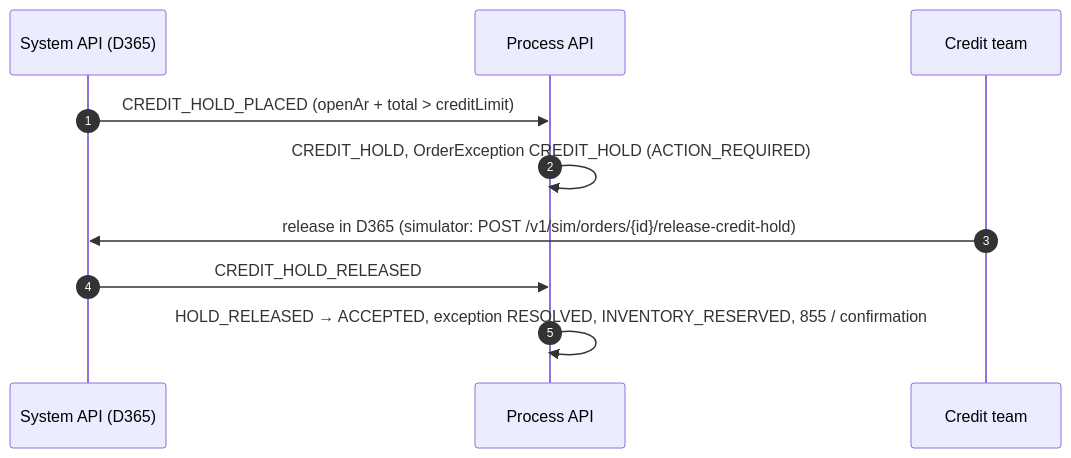
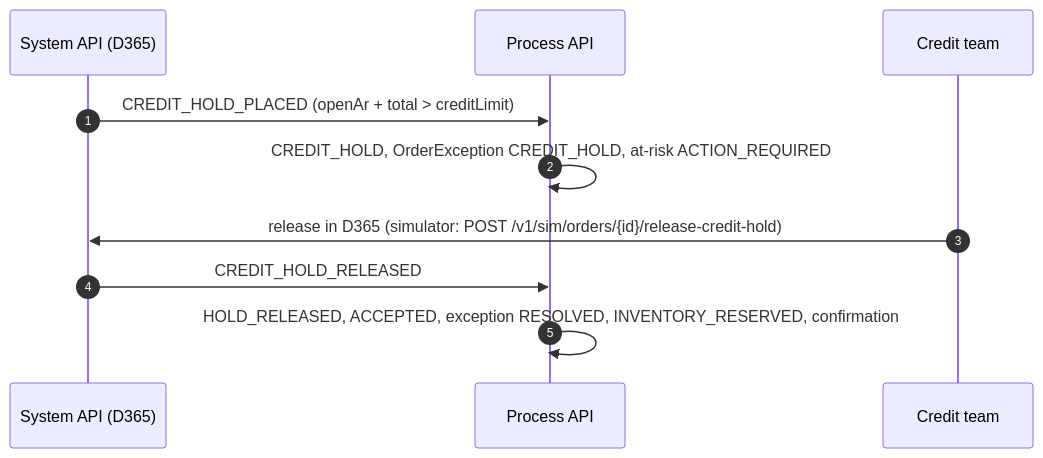
Before and after one commit to amitagrawal09/tf-data-product-so: the seventh of 9 diagrams in docs/02-technical-design.md, drawn with Mermaid. The commit also changed other lines of this file, not shown here.

````diff
--- a/docs/02-technical-design.md
+++ b/docs/02-technical-design.md
@@ -828,12 +1033,12 @@
 ```mermaid
 sequenceDiagram
   autonumber
   participant S as System API (D365)
   participant P as Process API
   participant U as Credit team
   S->>P: CREDIT_HOLD_PLACED (openAr + total > creditLimit)
-  P->>P: CREDIT_HOLD, OrderException CREDIT_HOLD (ACTION_REQUIRED)
+  P->>P: CREDIT_HOLD, OrderException CREDIT_HOLD, at-risk ACTION_REQUIRED
   U->>S: release in D365 (simulator: POST /v1/sim/orders/{id}/release-credit-hold)
   S->>P: CREDIT_HOLD_RELEASED
-  P->>P: HOLD_RELEASED → ACCEPTED, exception RESOLVED, INVENTORY_RESERVED, 855 / confirmation
+  P->>P: HOLD_RELEASED, ACCEPTED, exception RESOLVED, INVENTORY_RESERVED, confirmation
 ```
````
